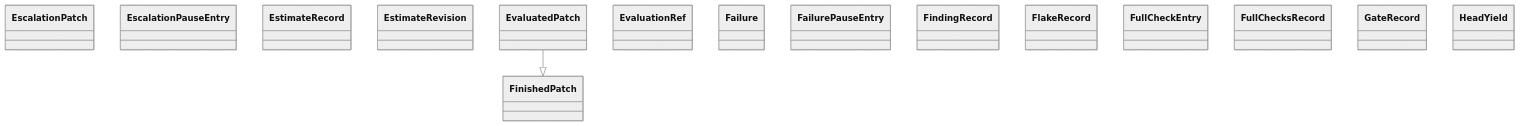
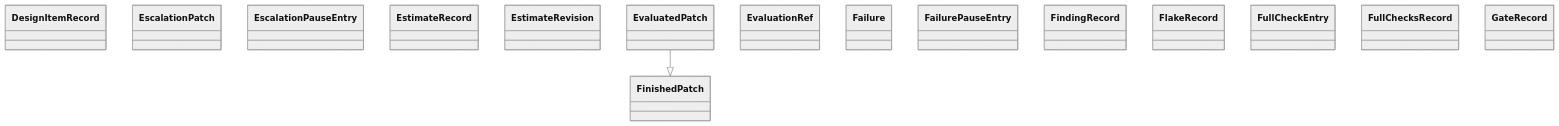
The diagram in docs/architecture/generated/classes-process-domain-state-4.md (GonzaloZevallos/agentic-system), drawn with Mermaid (neutral theme) before and after one commit. The commit also changed 4 other files, not shown here.

````diff
--- a/docs/architecture/generated/classes-process-domain-state-4.md
+++ b/docs/architecture/generated/classes-process-domain-state-4.md
@@ -26,19 +26,19 @@
 ```mermaid
 classDiagram
+    class task__DesignItemRecord["DesignItemRecord"]
     class task__EscalationPatch["EscalationPatch"]
     class task__EscalationPauseEntry["EscalationPauseEntry"]
     class task__EstimateRecord["EstimateRecord"]
     class task__EstimateRevision["EstimateRevision"]
     class task__EvaluatedPatch["EvaluatedPatch"]
     class task__EvaluationRef["EvaluationRef"]
     class task__Failure["Failure"]
     class task__FailurePauseEntry["FailurePauseEntry"]
     class task__FindingRecord["FindingRecord"]
     class task__FinishedPatch["FinishedPatch"]
     class task__FlakeRecord["FlakeRecord"]
     class task__FullCheckEntry["FullCheckEntry"]
     class task__FullChecksRecord["FullChecksRecord"]
     class task__GateRecord["GateRecord"]
-    class task__HeadYield["HeadYield"]
     task__EvaluatedPatch --|> task__FinishedPatch
 ```
````
